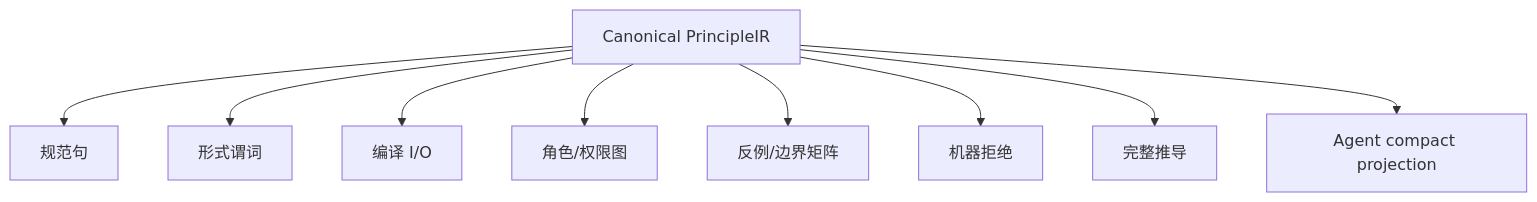
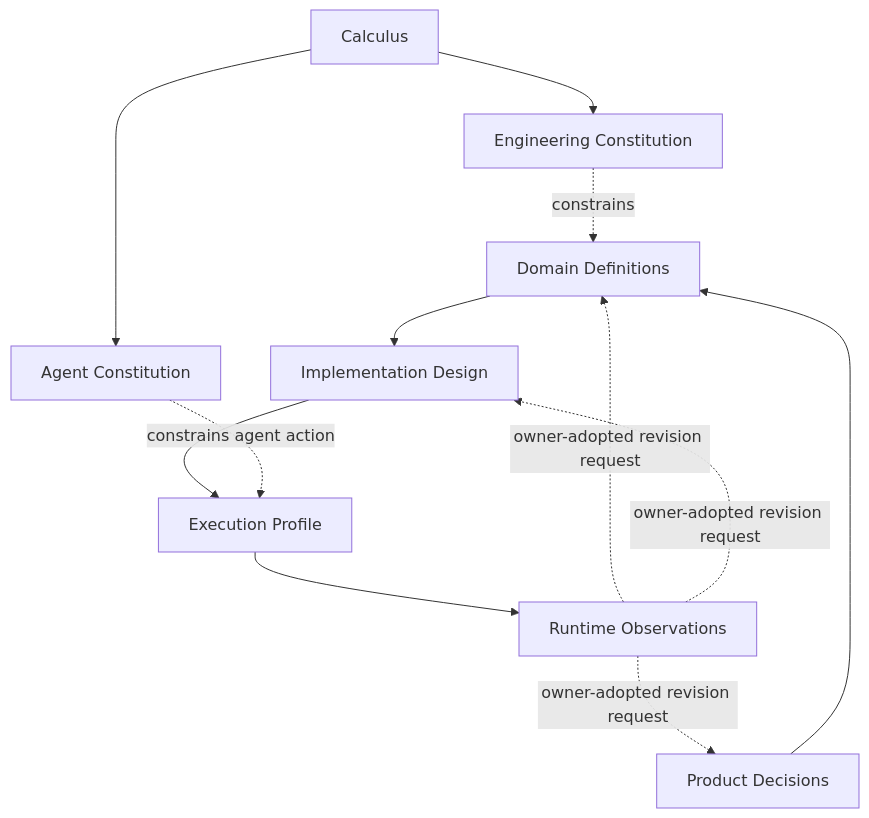
One commit to sec-platform/sec changed the diagram in docs/design-calculus.md. Above: the diagram before and after it, drawn with Mermaid. The commit also changed other lines of this file and 37 other files, not shown here.

````diff
--- a/docs/design-calculus.md
+++ b/docs/design-calculus.md
@@ -462,12 +40,15 @@
 ```mermaid
 flowchart TB
-  P[Canonical PrincipleIR]
-  P --> N[规范句]
-  P --> F[形式谓词]
-  P --> I[编译 I/O]
-  P --> R[角色/权限图]
-  P --> C[反例/边界矩阵]
-  P --> M[机器拒绝]
-  P --> H[完整推导]
-  P --> A[Agent compact projection]
+  C[Calculus]
+  C --> E[Engineering Constitution]
+  C --> A[Agent Constitution]
+  P[Product Decisions] --> D[Domain Definitions]
+  D --> I[Implementation Design]
+  I --> X[Execution Profile]
+  X --> O[Runtime Observations]
+  E -. constrains .-> D
+  A -. constrains agent action .-> X
+  O -. owner-adopted revision request .-> P
+  O -. owner-adopted revision request .-> D
+  O -. owner-adopted revision request .-> I
 ```
````
